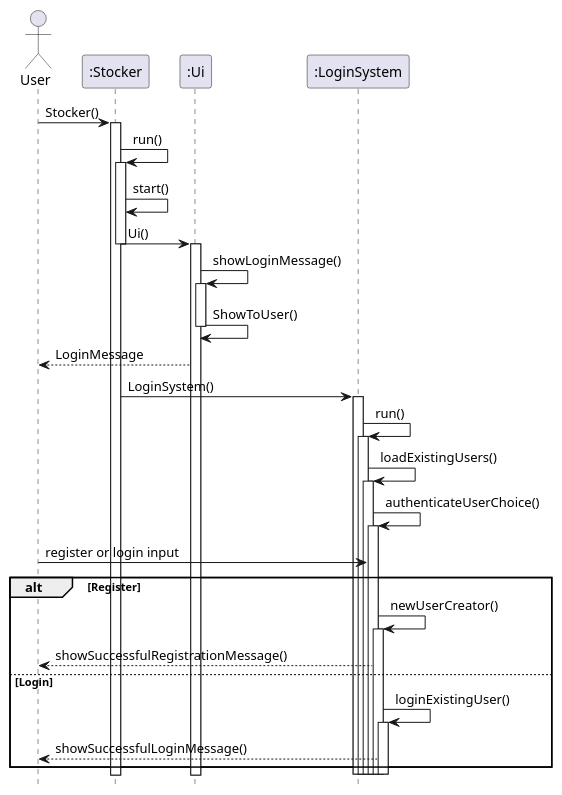
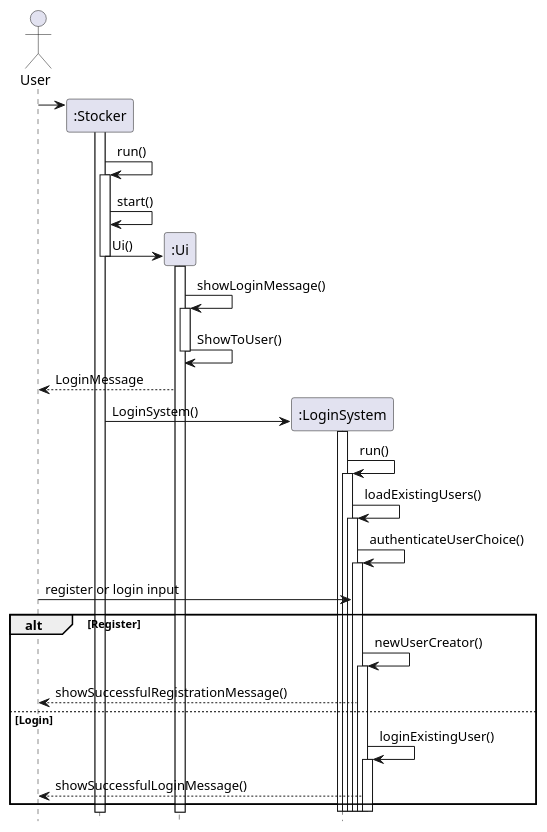
One commit to nus-cs2113-AY2324S1/tp changed the diagram in docs/UML Diagrams/StockerToLoginSystem.puml. Above: the diagram before and after it, drawn with PlantUML. The commit also changed 1 other file, not shown here.

Commit message:
Edit UML Diagram

```diff
--- a/docs/UML Diagrams/StockerToLoginSystem.puml
+++ b/docs/UML Diagrams/StockerToLoginSystem.puml
@@ -1,59 +1,62 @@
 @startuml
 'https://plantuml.com/sequence-diagram
 
 hide footbox
 actor User
 Participant ":Stocker" as Stocker
 Participant ":Ui" as Ui
 Participant ":LoginSystem" as LoginSystem
 
-User -> Stocker :  Stocker()
+Create Stocker
+User -> Stocker
 activate Stocker
 Stocker -> Stocker : run()
 activate Stocker
 Stocker -> Stocker :start()
+Create Ui
 Stocker -> Ui :  Ui()
 deactivate Stocker
 
 activate Ui
 Ui -> Ui : showLoginMessage()
 activate Ui
 Ui -> Ui : ShowToUser()
 deactivate Ui
 Ui --> User : LoginMessage
 
+Create LoginSystem
 Stocker -> LoginSystem :LoginSystem()
 activate LoginSystem
 LoginSystem -> LoginSystem : run()
 activate LoginSystem
 LoginSystem -> LoginSystem : loadExistingUsers()
 activate LoginSystem
 LoginSystem -> LoginSystem: authenticateUserChoice()
 activate LoginSystem
 User -> LoginSystem : register or login input
 
 alt  Register
 
 LoginSystem -> LoginSystem : newUserCreator()
 activate LoginSystem
 LoginSystem --> User : showSuccessfulRegistrationMessage()
 
 else Login
 LoginSystem ->LoginSystem : loginExistingUser()
 activate LoginSystem
 LoginSystem --> User: showSuccessfulLoginMessage()
 
 end
 deactivate LoginSystem
 
 deactivate LoginSystem
 
 deactivate LoginSystem
 
 deactivate LoginSystem
 
 deactivate LoginSystem
 
 deactivate LoginSystem
 
 @enduml
```
